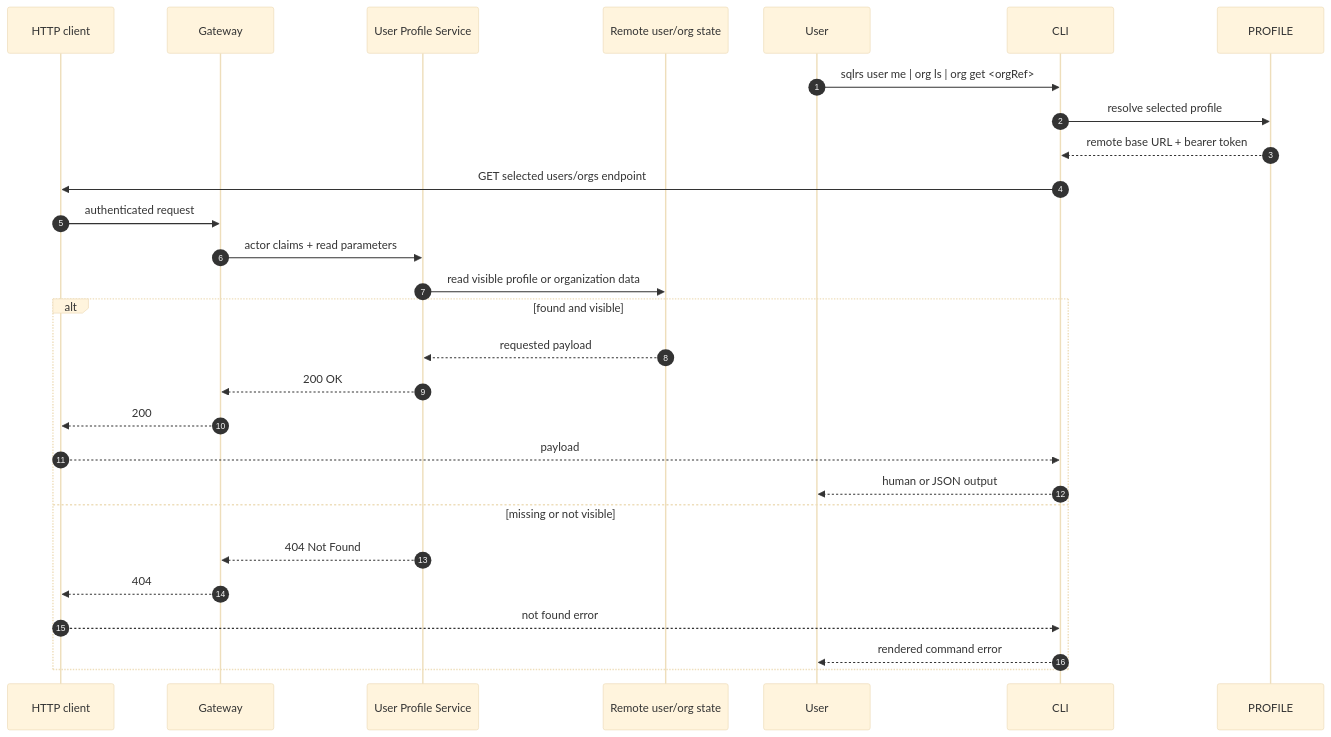
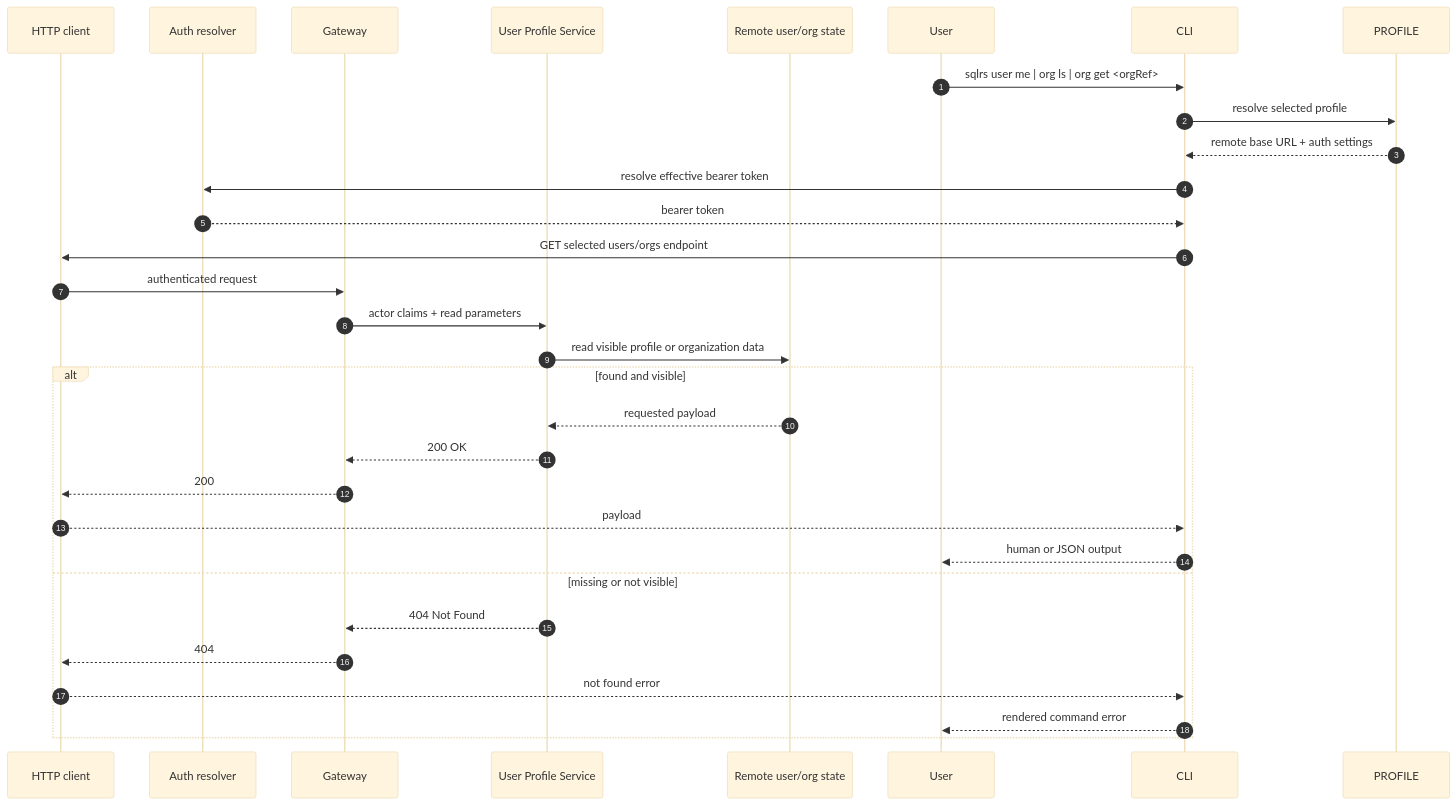
One commit to kimak-irmagi/taidon changed the fifth of 5 diagrams in docs/architecture/user-org-flow.RU.md. Above: the diagram before and after it, drawn with Mermaid (base theme). The commit also changed other lines of this file and 52 other files, not shown here.

First line of the commit message:
feat(cli): add Google OIDC auth session flow

````diff
--- a/docs/architecture/user-org-flow.RU.md
+++ b/docs/architecture/user-org-flow.RU.md
@@ -190,27 +201,30 @@
 ```mermaid
 sequenceDiagram
   autonumber
   participant CLIENT as HTTP client
+  participant AUTH as Auth resolver
   participant GW as Gateway
   participant UPS as User Profile Service
   participant STATE as Remote user/org state
   User->>CLI: sqlrs user me | org ls | org get <orgRef>
   CLI->>PROFILE: resolve selected profile
-  PROFILE-->>CLI: remote base URL + bearer token
+  PROFILE-->>CLI: remote base URL + auth settings
+  CLI->>AUTH: resolve effective bearer token
+  AUTH-->>CLI: bearer token
   CLI->>CLIENT: GET selected users/orgs endpoint
   CLIENT->>GW: authenticated request
   GW->>UPS: actor claims + read parameters
   UPS->>STATE: read visible profile or organization data
   alt found and visible
     STATE-->>UPS: requested payload
     UPS-->>GW: 200 OK
     GW-->>CLIENT: 200
     CLIENT-->>CLI: payload
     CLI-->>User: human or JSON output
   else missing or not visible
     UPS-->>GW: 404 Not Found
     GW-->>CLIENT: 404
     CLIENT-->>CLI: not found error
     CLI-->>User: rendered command error
   end
 ```
````
